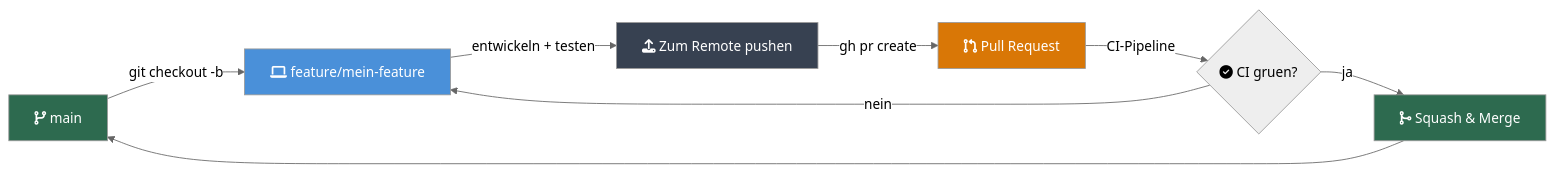
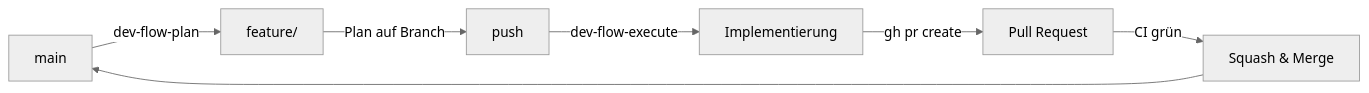
The diagram in CONTRIBUTING.md (Paddione/Bachelorprojekt), drawn with Mermaid (neutral theme) before and after one commit. The commit also changed other lines of this file and 5 other files, not shown here.

````diff
--- a/CONTRIBUTING.md
+++ b/CONTRIBUTING.md
@@ -17,16 +19,9 @@
 ```mermaid
 flowchart LR
-    A["fa:fa-code-branch main"] -->|git checkout -b| B["fa:fa-laptop feature/mein-feature"]
-    B -->|entwickeln + testen| C["fa:fa-upload Zum Remote pushen"]
-    C -->|gh pr create| D["fa:fa-code-pull-request Pull Request"]
-    D -->|CI-Pipeline| E{"fa:fa-circle-check CI gruen?"}
-    E -->|ja| F["fa:fa-code-merge Squash & Merge"]
-    E -->|nein| B
+    A[main] -->|dev-flow-plan| B[feature/<slug>]
+    B -->|Plan auf Branch| C[push]
+    C -->|dev-flow-execute| D[Implementierung]
+    D -->|gh pr create| E[Pull Request]
+    E -->|CI grün| F[Squash & Merge]
     F --> A
-
-    style A fill:#2d6a4f,color:#fff
-    style B fill:#4a90d9,color:#fff
-    style C fill:#374151,color:#fff
-    style D fill:#d97706,color:#fff
-    style F fill:#2d6a4f,color:#fff
 ```
````
